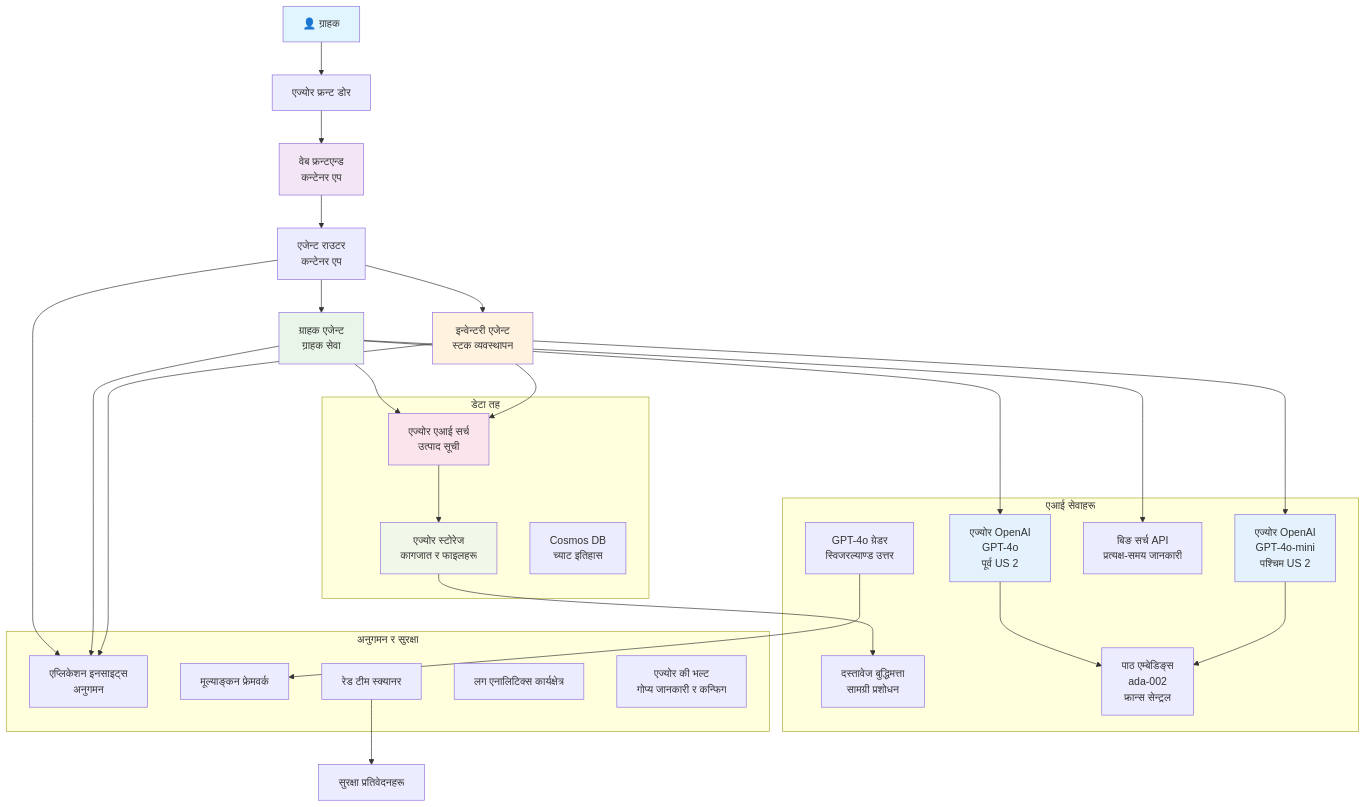
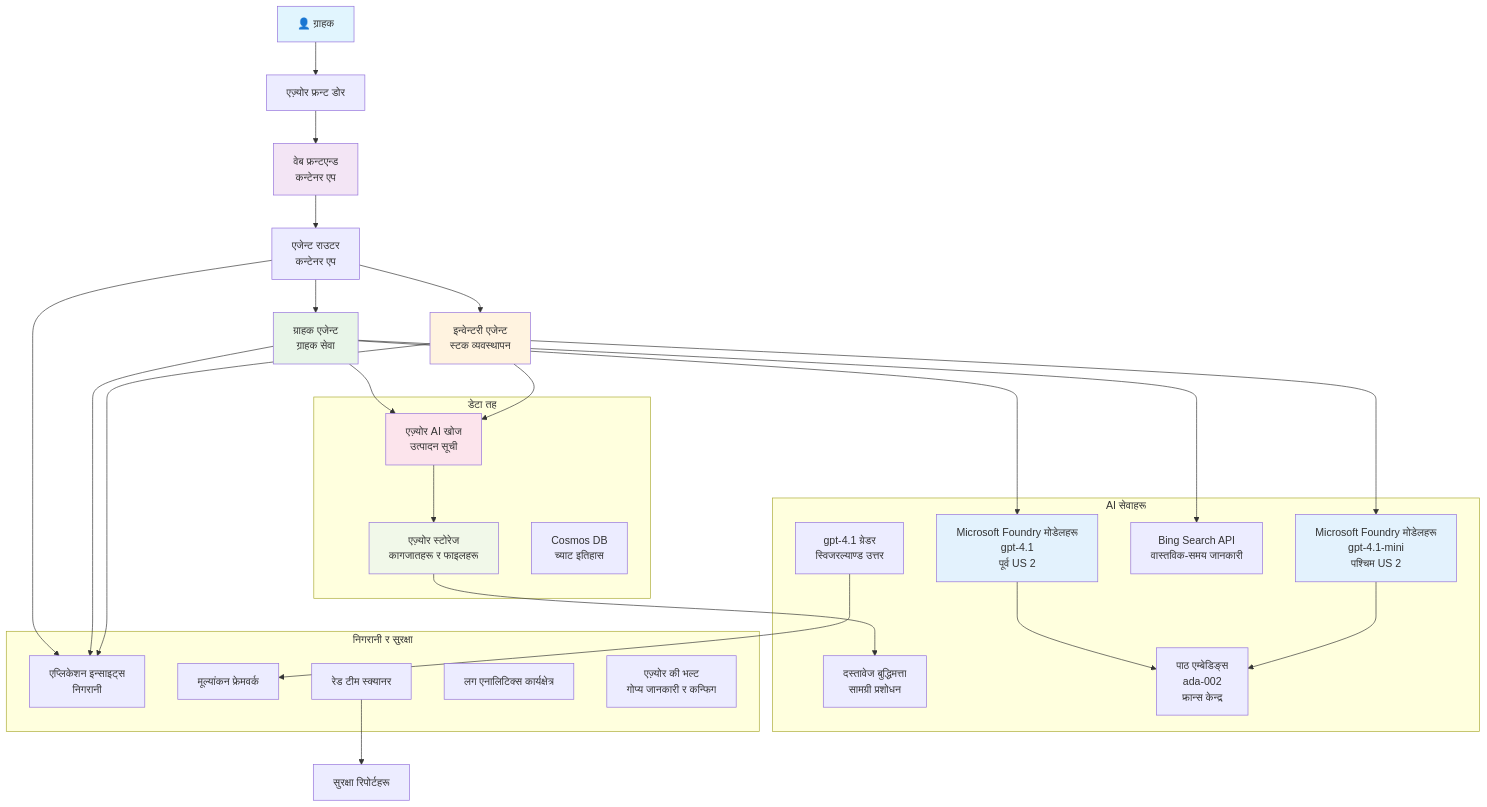
The diagram in translations/ne/examples/retail-scenario.md (microsoft/AZD-for-beginners), drawn with Mermaid before and after one commit. The commit also changed other lines of this file and 101 other files, not shown here.

````diff
--- a/translations/ne/examples/retail-scenario.md
+++ b/translations/ne/examples/retail-scenario.md
@@ -139,61 +139,61 @@
 ```mermaid
 graph TB
-    User[👤 ग्राहक] --> LB[एज्योर फ्रन्ट डोर]
+    User[👤 ग्राहक] --> LB[एज़्योर फ्रन्ट डोर]
     LB --> WebApp[वेब फ्रन्टएन्ड<br/>कन्टेनर एप]
     
     WebApp --> Router[एजेन्ट राउटर<br/>कन्टेनर एप]
     Router --> CustomerAgent[ग्राहक एजेन्ट<br/>ग्राहक सेवा]
     Router --> InvAgent[इन्वेन्टरी एजेन्ट<br/>स्टक व्यवस्थापन]
     
-    CustomerAgent --> OpenAI1[एज्योर OpenAI<br/>GPT-4o<br/>पूर्व US 2]
-    InvAgent --> OpenAI2[एज्योर OpenAI<br/>GPT-4o-mini<br/>पश्चिम US 2]
+    CustomerAgent --> OpenAI1[Microsoft Foundry मोडेलहरू<br/>gpt-4.1<br/>पूर्व US 2]
+    InvAgent --> OpenAI2[Microsoft Foundry मोडेलहरू<br/>gpt-4.1-mini<br/>पश्चिम US 2]
     
-    CustomerAgent --> AISearch[एज्योर एआई सर्च<br/>उत्पाद सूची]
-    CustomerAgent --> BingSearch[बिङ सर्च API<br/>प्रत्यक्ष-समय जानकारी]
+    CustomerAgent --> AISearch[एज़्योर AI खोज<br/>उत्पादन सूची]
+    CustomerAgent --> BingSearch[Bing Search API<br/>वास्तविक-समय जानकारी]
     InvAgent --> AISearch
     
-    AISearch --> Storage[एज्योर स्टोरेज<br/>कागजात र फाइलहरू]
+    AISearch --> Storage[एज़्योर स्टोरेज<br/>कागजातहरू र फाइलहरू]
     Storage --> DocIntel[दस्तावेज बुद्धिमत्ता<br/>सामग्री प्रशोधन]
     
-    OpenAI1 --> Embeddings[पाठ एम्बेडिङ्स<br/>ada-002<br/>फ्रान्स सेन्ट्रल]
+    OpenAI1 --> Embeddings[पाठ एम्बेडिङ्स<br/>ada-002<br/>फ्रान्स केन्द्र]
     OpenAI2 --> Embeddings
     
-    Router --> AppInsights[एप्लिकेशन इनसाइट्स<br/>अनुगमन]
+    Router --> AppInsights[एप्लिकेशन इन्साइट्स<br/>निगरानी]
     CustomerAgent --> AppInsights
     InvAgent --> AppInsights
     
-    GraderModel[GPT-4o ग्रेडर<br/>स्विजरल्याण्ड उत्तर] --> Evaluation[मूल्याङ्कन फ्रेमवर्क]
-    RedTeam[रेड टीम स्क्यानर] --> SecurityReports[सुरक्षा प्रतिवेदनहरू]
+    GraderModel[gpt-4.1 ग्रेडर<br/>स्विजरल्याण्ड उत्तर] --> Evaluation[मूल्यांकन फ्रेमवर्क]
+    RedTeam[रेड टीम स्क्यानर] --> SecurityReports[सुरक्षा रिपोर्टहरू]
     
     subgraph "डेटा तह"
         Storage
         AISearch
         CosmosDB[Cosmos DB<br/>च्याट इतिहास]
     end
     
-    subgraph "एआई सेवाहरू"
+    subgraph "AI सेवाहरू"
         OpenAI1
         OpenAI2
         Embeddings
         GraderModel
         DocIntel
         BingSearch
     end
     
-    subgraph "अनुगमन र सुरक्षा"
+    subgraph "निगरानी र सुरक्षा"
         AppInsights
         LogAnalytics[लग एनालिटिक्स कार्यक्षेत्र]
-        KeyVault[एज्योर की भल्ट<br/>गोप्य जानकारी र कन्फिग]
+        KeyVault[एज़्योर की भल्ट<br/>गोप्य जानकारी र कन्फिग]
         RedTeam
         Evaluation
     end
     
     style User fill:#e1f5fe
     style WebApp fill:#f3e5f5
     style CustomerAgent fill:#e8f5e8
     style InvAgent fill:#fff3e0
     style OpenAI1 fill:#e3f2fd
     style OpenAI2 fill:#e3f2fd
     style AISearch fill:#fce4ec
     style Storage fill:#f1f8e9
 ```
````
